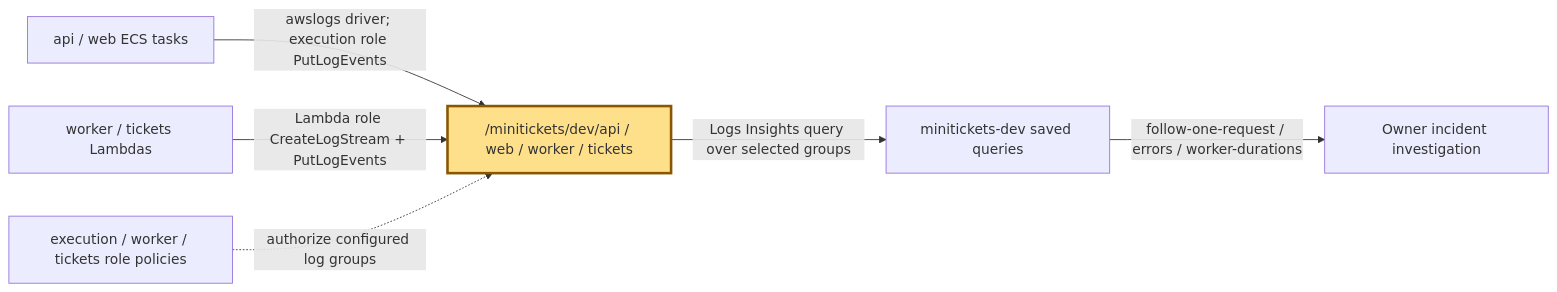
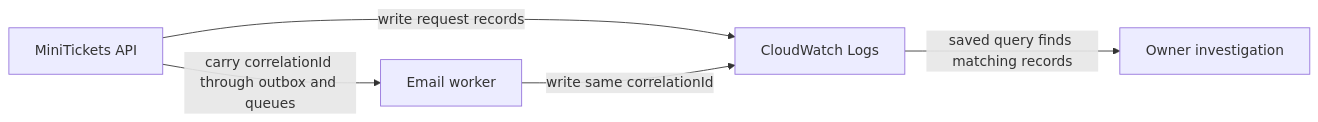
The diagram in docs/handbook/concepts/cloudwatch-logs.md (maheshnd/minitickets), drawn with Mermaid before and after one commit. The commit also changed other lines of this file and 39 other files, not shown here.

````diff
--- a/docs/handbook/concepts/cloudwatch-logs.md
+++ b/docs/handbook/concepts/cloudwatch-logs.md
@@ -13,10 +17,7 @@
 ```mermaid
 flowchart LR
-    A["api / web ECS tasks"] -->|"awslogs driver; execution role PutLogEvents"| L["/minitickets/dev/api / web / worker / tickets"]
-    W["worker / tickets Lambdas"] -->|"Lambda role CreateLogStream + PutLogEvents"| L
-    R["execution / worker / tickets role policies"] -.->|"authorize configured log groups"| L
-    L -->|"Logs Insights query over selected groups"| Q["minitickets-dev saved queries"]
-    Q -->|"follow-one-request / errors / worker-durations"| O["Owner incident investigation"]
-    classDef focus fill:#ffe08a,stroke:#8a5700,stroke-width:3px
-    class L focus
+    A["MiniTickets API"] -->|"write request records"| L["CloudWatch Logs"]
+    A -->|"carry correlationId through outbox and queues"| W["Email worker"]
+    W -->|"write same correlationId"| L
+    L -->|"saved query finds matching records"| O["Owner investigation"]
 ```
````
